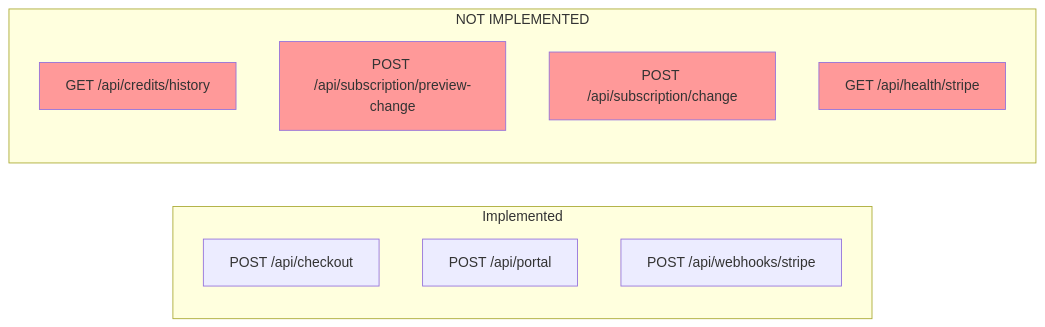
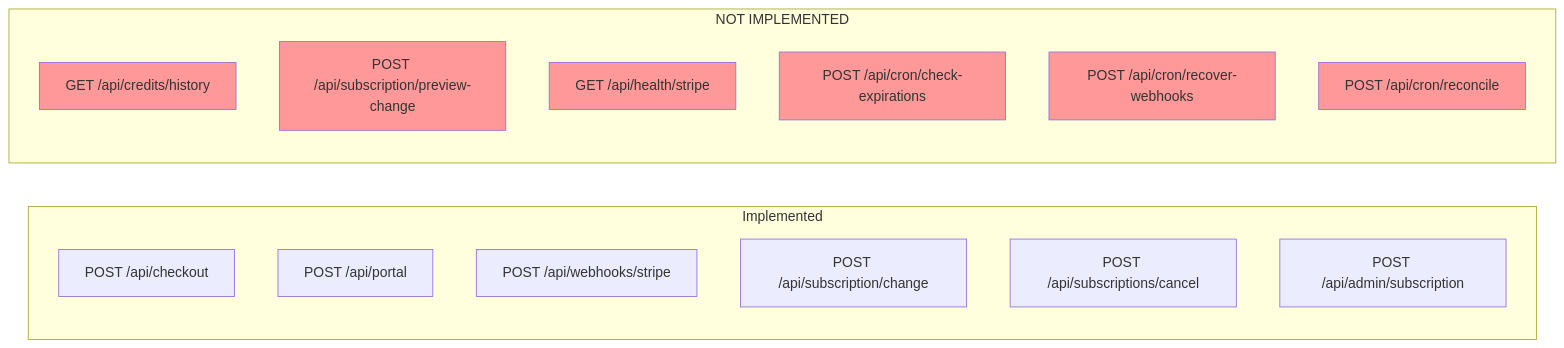
Before and after one commit to ColdstartLabs-ca/myimageupscaler.com: the first of 19 diagrams in docs/technical/systems/subscription-system.md, drawn with Mermaid. The commit also changed other lines of this file and 5 other files, not shown here.

````diff
--- a/docs/technical/systems/subscription-system.md
+++ b/docs/technical/systems/subscription-system.md
@@ -85,20 +87,27 @@
 ```mermaid
 graph LR
     subgraph "Implemented"
         A[POST /api/checkout]
         B[POST /api/portal]
         C[POST /api/webhooks/stripe]
+        D[POST /api/subscription/change]
+        E[POST /api/subscriptions/cancel]
+        F[POST /api/admin/subscription]
     end
 
     subgraph "NOT IMPLEMENTED"
-        D[GET /api/credits/history]
-        E[POST /api/subscription/preview-change]
-        F[POST /api/subscription/change]
-        G[GET /api/health/stripe]
+        G[GET /api/credits/history]
+        H[POST /api/subscription/preview-change]
+        I[GET /api/health/stripe]
+        J[POST /api/cron/check-expirations]
+        K[POST /api/cron/recover-webhooks]
+        L[POST /api/cron/reconcile]
     end
 
-    style D fill:#ff9999
-    style E fill:#ff9999
-    style F fill:#ff9999
     style G fill:#ff9999
+    style H fill:#ff9999
+    style I fill:#ff9999
+    style J fill:#ff9999
+    style K fill:#ff9999
+    style L fill:#ff9999
 ```
````
